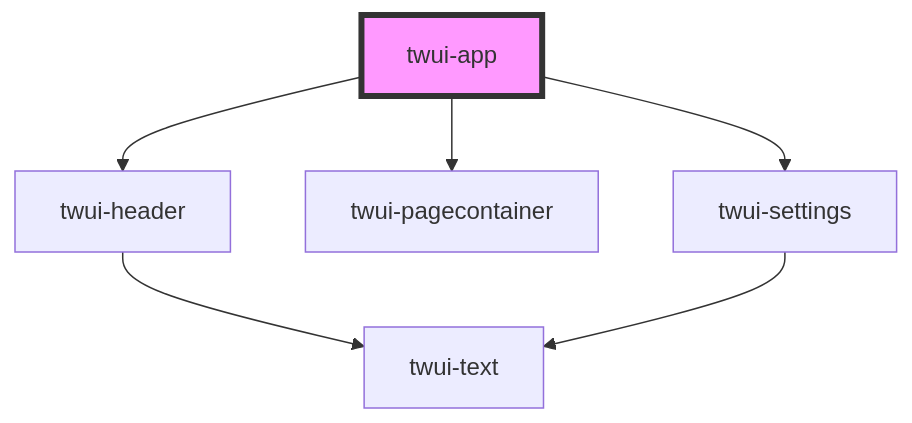
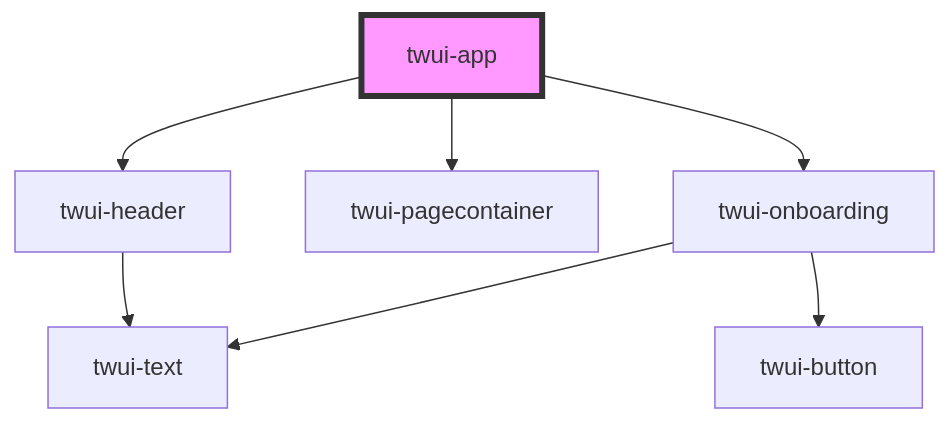
One commit to frostaura/TaleWeaver changed the diagram in src/frontend/src/components/twui/src/components/app/readme.md. Above: the diagram before and after it, drawn with Mermaid. The commit also changed other lines of this file and 24 other files, not shown here.

````diff
--- a/src/frontend/src/components/twui/src/components/app/readme.md
+++ b/src/frontend/src/components/twui/src/components/app/readme.md
@@ -17,9 +17,10 @@
 ```mermaid
 graph TD;
   twui-app --> twui-header
   twui-app --> twui-pagecontainer
-  twui-app --> twui-settings
+  twui-app --> twui-onboarding
   twui-header --> twui-text
-  twui-settings --> twui-text
+  twui-onboarding --> twui-text
+  twui-onboarding --> twui-button
   style twui-app fill:#f9f,stroke:#333,stroke-width:4px
 ```
````
